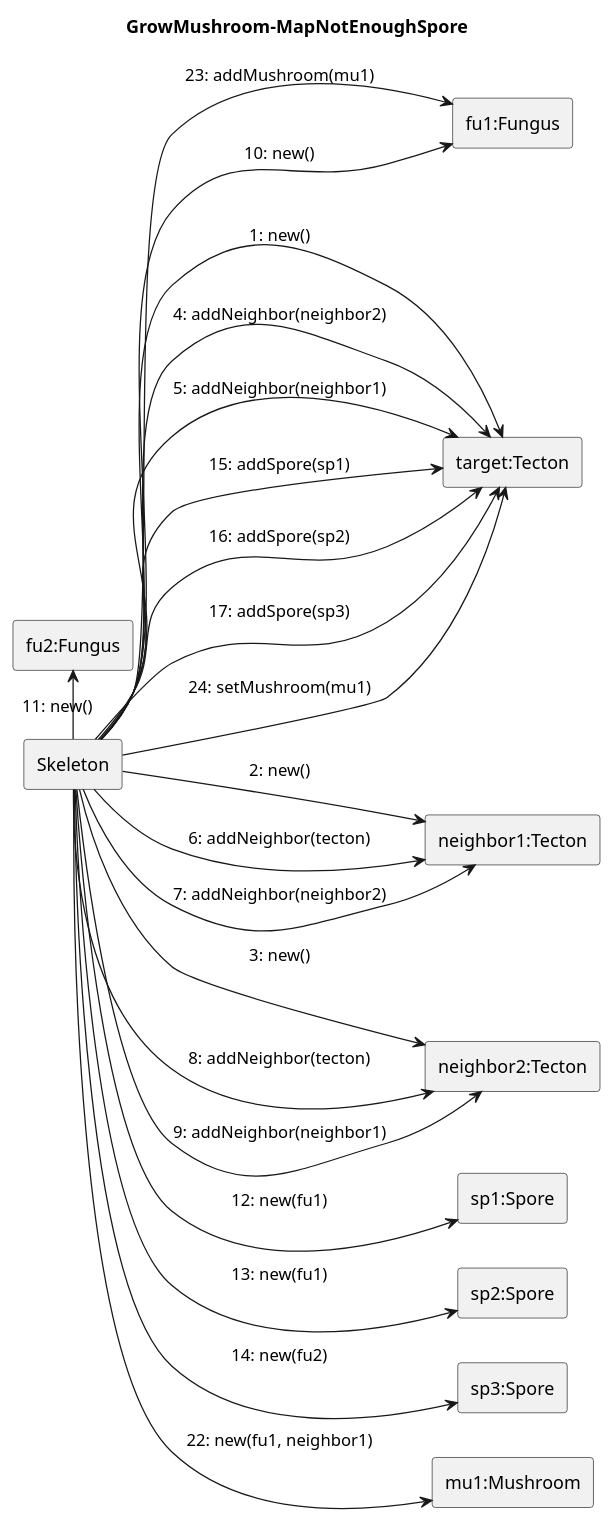
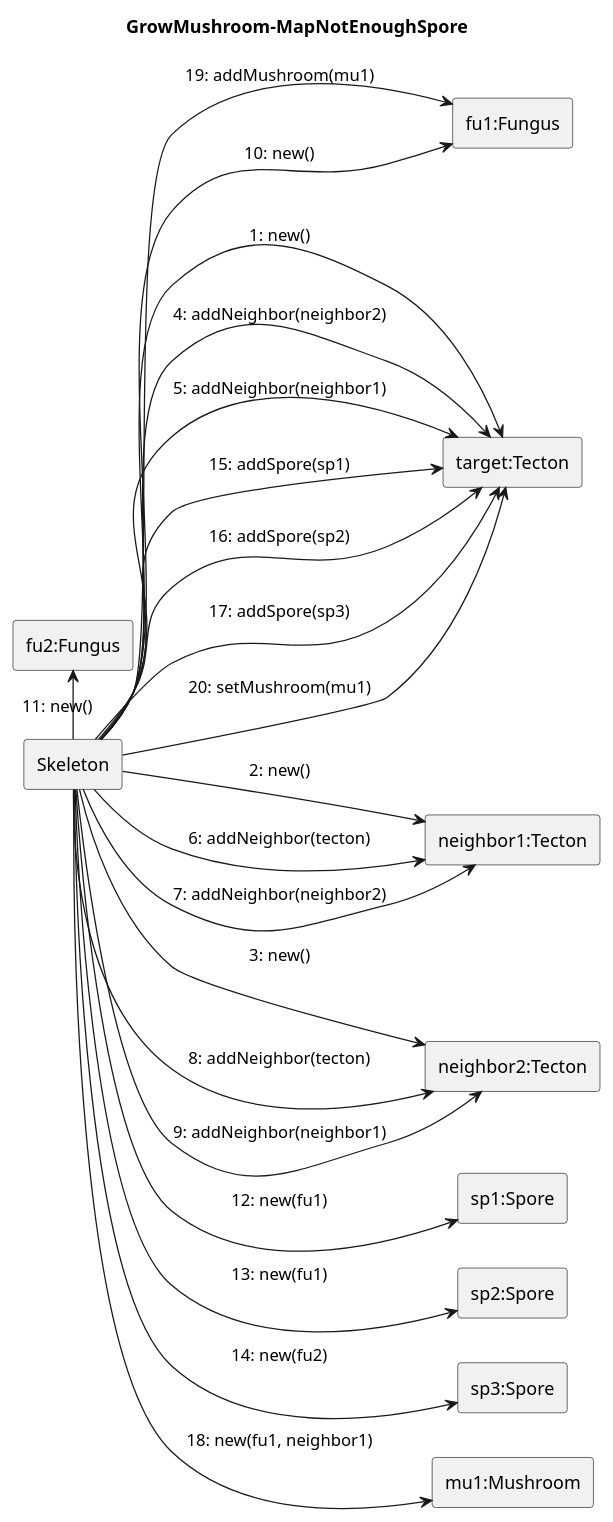
The diagram in Skeleton/Grow-mushroom/map-not-enough-spore.pu (ZD4ve/projlab-error521), drawn with PlantUML before and after one commit.

```diff
--- a/Skeleton/Grow-mushroom/map-not-enough-spore.pu
+++ b/Skeleton/Grow-mushroom/map-not-enough-spore.pu
@@ -1,42 +1,42 @@
 @startuml Grow-mushroom/map-not-enough-spore
 left to right direction
 
 title GrowMushroom-MapNotEnoughSpore
 
 rectangle Skeleton as S 
 
 rectangle "fu1:Fungus" as fu1
 rectangle "fu2:Fungus" as fu2
 rectangle "target:Tecton" as tecton
 rectangle "neighbor1:Tecton" as neighbor1
 rectangle "neighbor2:Tecton" as neighbor2
 rectangle "sp1:Spore" as sp1
 rectangle "sp2:Spore" as sp2
 rectangle "sp3:Spore" as sp3
 rectangle "mu1:Mushroom" as mu1
 
 S --> tecton: 1: new()
 S --> neighbor1: 2: new()
 S --> neighbor2: 3: new()
 S --> tecton: 4: addNeighbor(neighbor2)
 S --> tecton: 5: addNeighbor(neighbor1)
 S --> neighbor1: 6: addNeighbor(tecton)
 S --> neighbor1: 7: addNeighbor(neighbor2)
 S --> neighbor2: 8: addNeighbor(tecton)
 S --> neighbor2: 9: addNeighbor(neighbor1)
 
 S -left-> fu1: 10: new()
 S -left-> fu2: 11: new()
 
 S --> sp1: 12: new(fu1)
 S --> sp2: 13: new(fu1)
 S --> sp3: 14: new(fu2)
 S --> tecton: 15: addSpore(sp1)
 S --> tecton: 16: addSpore(sp2)
 S --> tecton: 17: addSpore(sp3)
 
-S --> mu1: 22: new(fu1, neighbor1)
-S --> fu1: 23: addMushroom(mu1)
-S --> tecton: 24: setMushroom(mu1)
+S --> mu1: 18: new(fu1, neighbor1)
+S --> fu1: 19: addMushroom(mu1)
+S --> tecton: 20: setMushroom(mu1)
 
 @enduml
```
